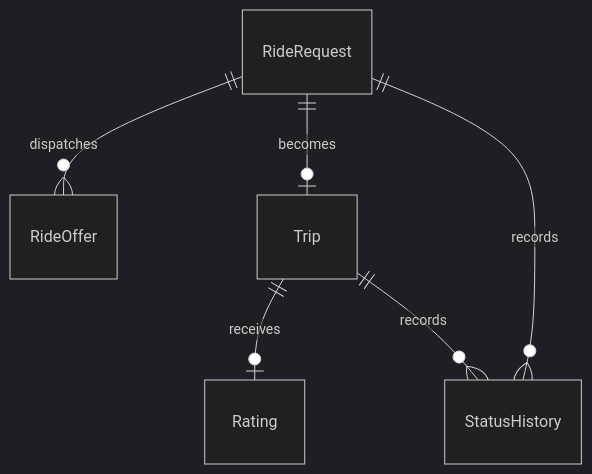
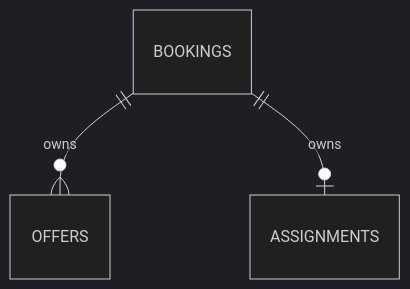
One commit to HHT777/23659411_HuynhHuuTuan_CABsystem changed the eighth of 10 diagrams in microservice_design.md. Above: the diagram before and after it, drawn with Mermaid (dark theme). The commit also changed other lines of this file and 3 other files, not shown here.

````diff
--- a/microservice_design.md
+++ b/microservice_design.md
@@ -1029,8 +700,5 @@
 ```mermaid
 erDiagram
-  RideRequest ||--o{ RideOffer : dispatches
-  RideRequest ||--o| Trip : becomes
-  Trip ||--o| Rating : receives
-  RideRequest ||--o{ StatusHistory : records
-  Trip ||--o{ StatusHistory : records
+  BOOKINGS ||--o{ OFFERS : owns
+  BOOKINGS ||--o| ASSIGNMENTS : owns
 ```
````
